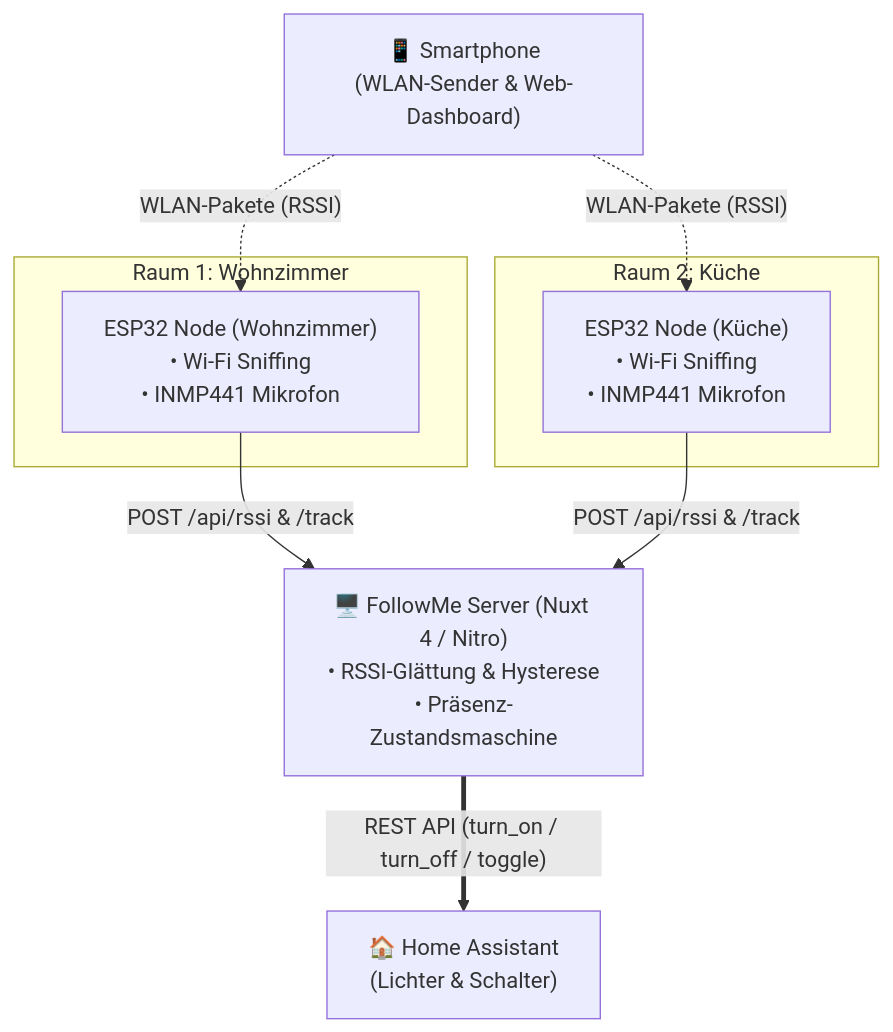
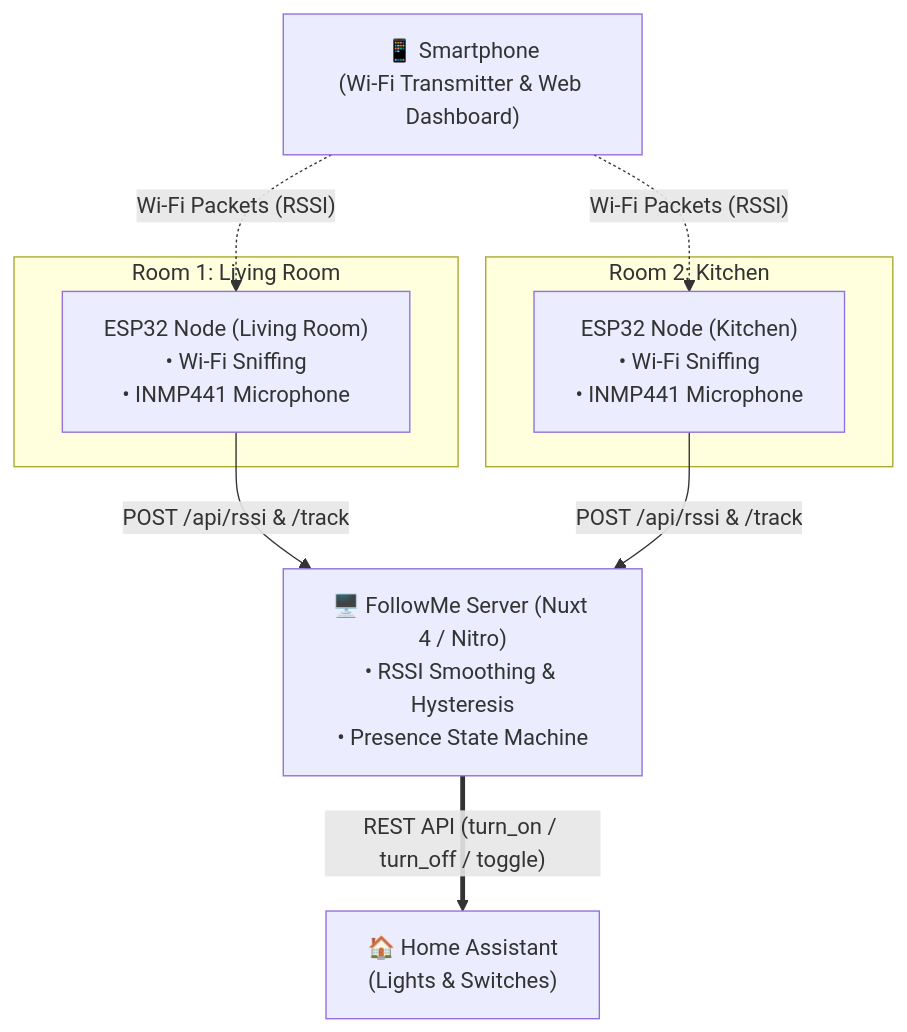
One commit to Git-Working/FollowMe changed the diagram in ReadMe.md. Above: the diagram before and after it, drawn with Mermaid. The commit also changed other lines of this file and 4 other files, not shown here.

Commit message:
Refactor documentation and SVG assets for English localization; update ReadMe, dashboard preview, and wiring diagrams to enhance clarity and accessibility for English-speaking users.

````diff
--- a/ReadMe.md
+++ b/ReadMe.md
@@ -32,18 +32,18 @@
 ```mermaid
 flowchart TD
-    subgraph Raum 1: Wohnzimmer
-        ESP1["ESP32 Node (Wohnzimmer)<br/>• Wi-Fi Sniffing<br/>• INMP441 Mikrofon"]
+    subgraph Room 1: Living Room
+        ESP1["ESP32 Node (Living Room)<br/>• Wi-Fi Sniffing<br/>• INMP441 Microphone"]
     end
 
-    subgraph Raum 2: Küche
-        ESP2["ESP32 Node (Küche)<br/>• Wi-Fi Sniffing<br/>• INMP441 Mikrofon"]
+    subgraph Room 2: Kitchen
+        ESP2["ESP32 Node (Kitchen)<br/>• Wi-Fi Sniffing<br/>• INMP441 Microphone"]
     end
 
-    Phone["📱 Smartphone<br/>(WLAN-Sender &amp; Web-Dashboard)"] -. "WLAN-Pakete (RSSI)" .-> ESP1
-    Phone -. "WLAN-Pakete (RSSI)" .-> ESP2
+    Phone["📱 Smartphone<br/>(Wi-Fi Transmitter &amp; Web Dashboard)"] -. "Wi-Fi Packets (RSSI)" .-> ESP1
+    Phone -. "Wi-Fi Packets (RSSI)" .-> ESP2
 
-    ESP1 -- "POST /api/rssi &amp; /track" --> Server["🖥️ FollowMe Server (Nuxt 4 / Nitro)<br/>• RSSI-Glättung &amp; Hysterese<br/>• Präsenz-Zustandsmaschine"]
+    ESP1 -- "POST /api/rssi &amp; /track" --> Server["🖥️ FollowMe Server (Nuxt 4 / Nitro)<br/>• RSSI Smoothing &amp; Hysteresis<br/>• Presence State Machine"]
     ESP2 -- "POST /api/rssi &amp; /track" --> Server
 
-    Server ==>|"REST API (turn_on / turn_off / toggle)"| HA["🏠 Home Assistant<br/>(Lichter &amp; Schalter)"]
+    Server ==>|"REST API (turn_on / turn_off / toggle)"| HA["🏠 Home Assistant<br/>(Lights &amp; Switches)"]
 ```
````
